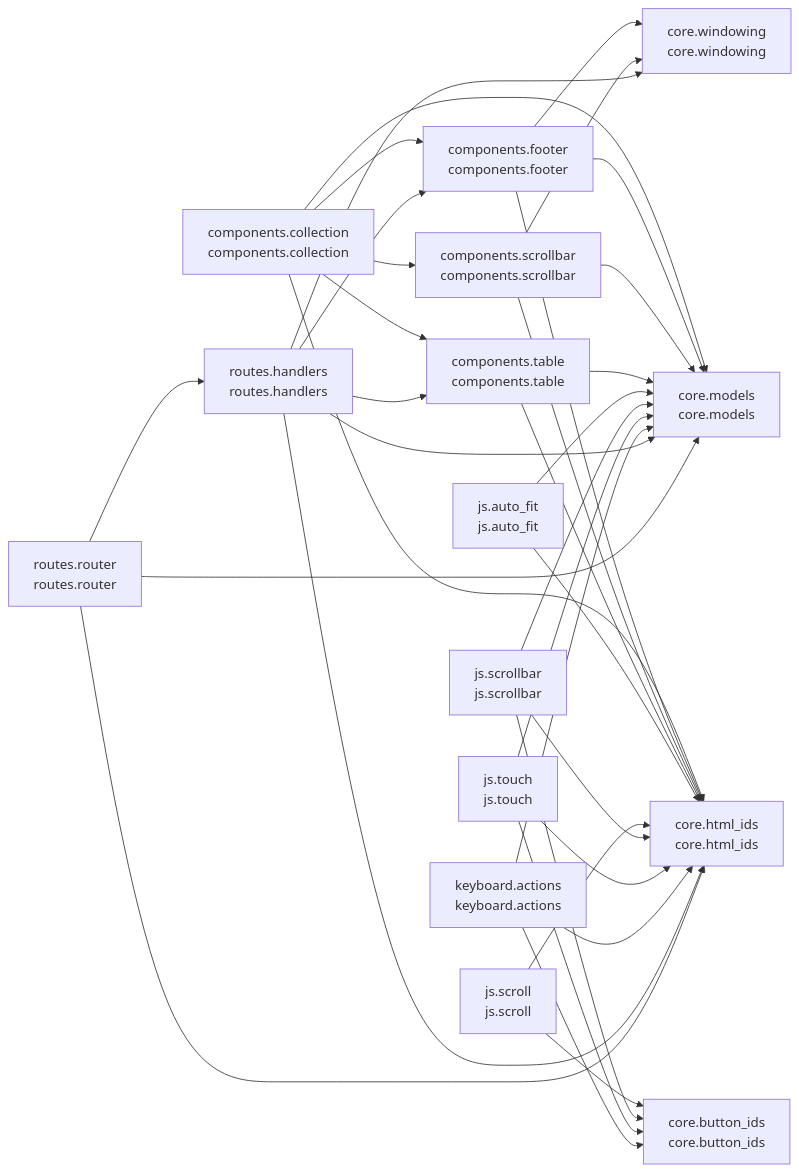
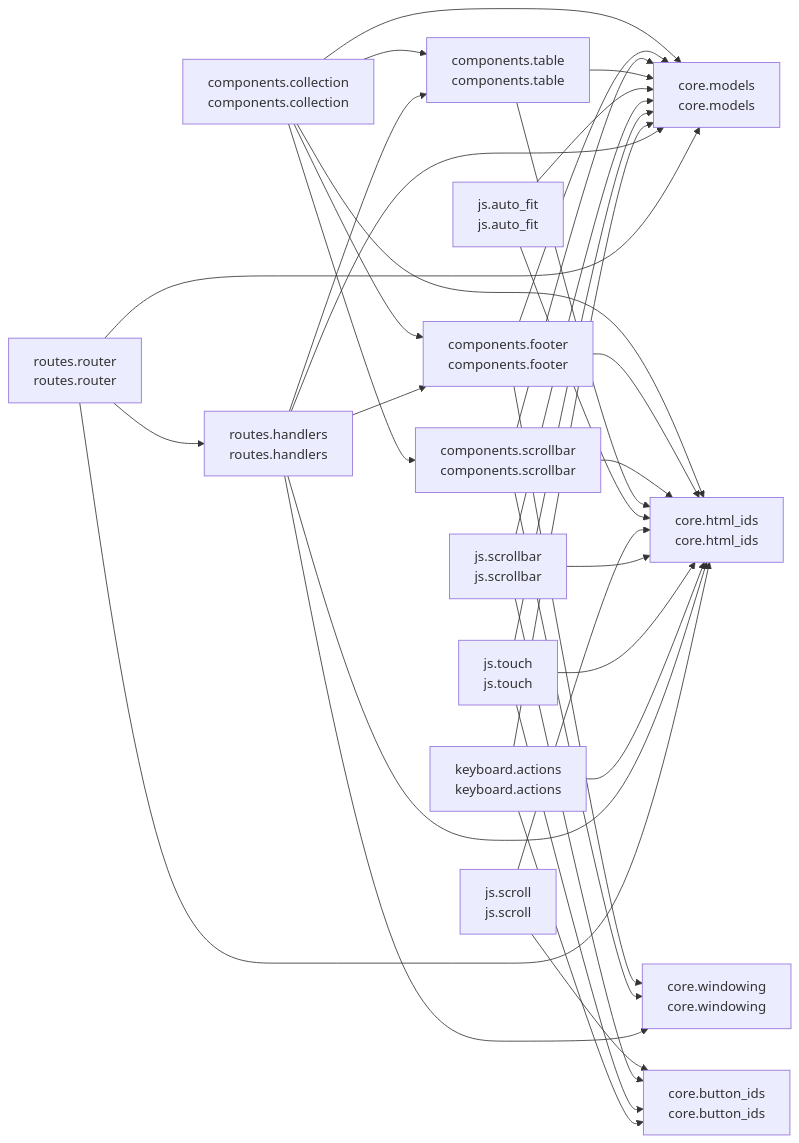
Before and after one commit to cj-mills/cjm-fasthtml-virtual-collection: the diagram in README.md, drawn with Mermaid. The commit also changed other lines of this file and 3 other files, not shown here.

````diff
--- a/README.md
+++ b/README.md
@@ -40,53 +40,53 @@
 ``` mermaid
 graph LR
     components_collection[components.collection<br/>components.collection]
     components_footer[components.footer<br/>components.footer]
     components_scrollbar[components.scrollbar<br/>components.scrollbar]
     components_table[components.table<br/>components.table]
     core_button_ids[core.button_ids<br/>core.button_ids]
     core_html_ids[core.html_ids<br/>core.html_ids]
     core_models[core.models<br/>core.models]
     core_windowing[core.windowing<br/>core.windowing]
     js_auto_fit[js.auto_fit<br/>js.auto_fit]
     js_scroll[js.scroll<br/>js.scroll]
     js_scrollbar[js.scrollbar<br/>js.scrollbar]
     js_touch[js.touch<br/>js.touch]
     keyboard_actions[keyboard.actions<br/>keyboard.actions]
     routes_handlers[routes.handlers<br/>routes.handlers]
     routes_router[routes.router<br/>routes.router]
 
     components_collection --> core_models
+    components_collection --> components_footer
+    components_collection --> components_scrollbar
     components_collection --> components_table
     components_collection --> core_html_ids
-    components_collection --> components_footer
-    components_collection --> components_scrollbar
     components_footer --> core_html_ids
     components_footer --> core_windowing
     components_footer --> core_models
     components_scrollbar --> core_html_ids
+    components_scrollbar --> core_windowing
     components_scrollbar --> core_models
-    components_scrollbar --> core_windowing
     components_table --> core_models
     components_table --> core_html_ids
     js_auto_fit --> core_html_ids
     js_auto_fit --> core_models
     js_scroll --> core_html_ids
     js_scroll --> core_button_ids
     js_scrollbar --> core_html_ids
+    js_scrollbar --> core_button_ids
     js_scrollbar --> core_models
-    js_scrollbar --> core_button_ids
     js_touch --> core_html_ids
+    js_touch --> core_button_ids
     js_touch --> core_models
-    js_touch --> core_button_ids
     keyboard_actions --> core_html_ids
+    keyboard_actions --> core_button_ids
     keyboard_actions --> core_models
-    keyboard_actions --> core_button_ids
+    routes_handlers --> core_models
+    routes_handlers --> components_footer
     routes_handlers --> core_windowing
-    routes_handlers --> core_models
     routes_handlers --> components_table
     routes_handlers --> core_html_ids
-    routes_handlers --> components_footer
+    routes_router --> core_models
     routes_router --> routes_handlers
-    routes_router --> core_models
     routes_router --> core_html_ids
 ```
````
